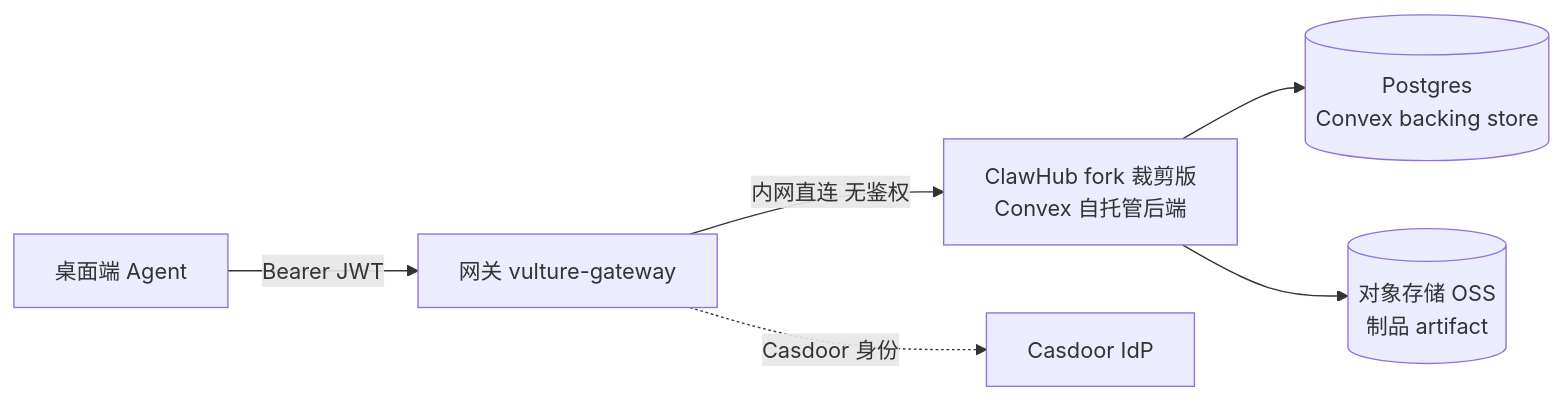
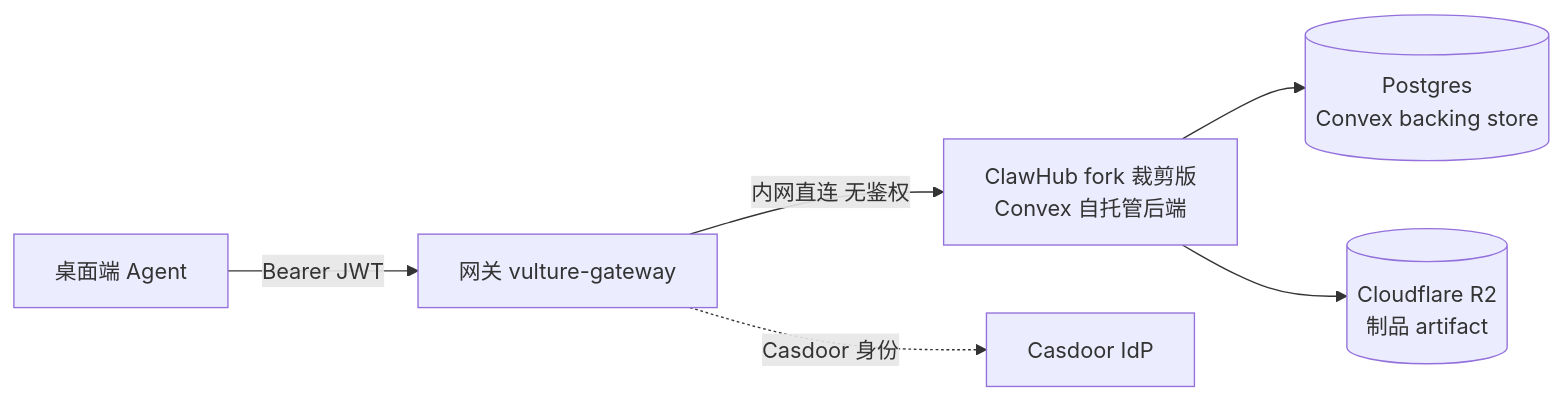
One commit to pysinsjz/vulture-gateway changed the diagram in docs/flows/clawhub-integration.md. Above: the diagram before and after it, drawn with Mermaid. The commit also changed other lines of this file and 8 other files, not shown here.

````diff
--- a/docs/flows/clawhub-integration.md
+++ b/docs/flows/clawhub-integration.md
@@ -13,8 +13,8 @@
 ```mermaid
 flowchart LR
     D["桌面端 Agent"] -->|"Bearer JWT"| G["网关 vulture-gateway"]
     G -->|"内网直连 无鉴权"| R["ClawHub fork 裁剪版<br/>Convex 自托管后端"]
     R --> P[("Postgres<br/>Convex backing store")]
-    R --> S[("对象存储 OSS<br/>制品 artifact")]
+    R --> S[("Cloudflare R2<br/>制品 artifact")]
     G -.->|"Casdoor 身份"| ID["Casdoor IdP"]
 ```
````
